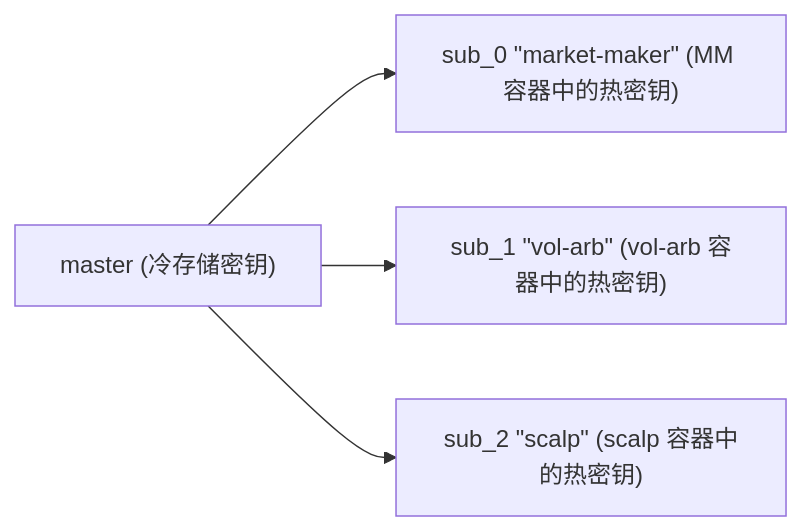
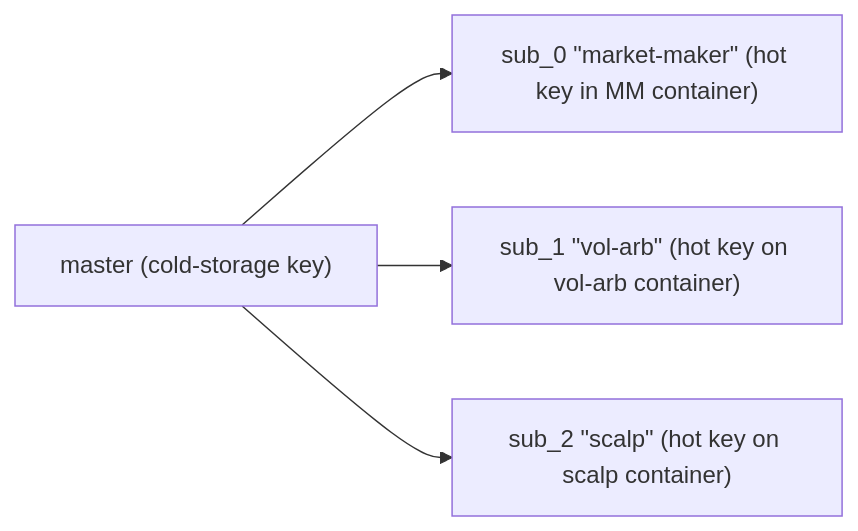
Before and after one commit to mtf-exchange/metaflux-knowledges: the fifth of 8 diagrams in i18n/zh-Hans/docusaurus-plugin-content-docs/current/concepts/sub-accounts.md, drawn with Mermaid. The commit also changed other lines of this file and 355 other files, not shown here.

````diff
--- a/i18n/zh-Hans/docusaurus-plugin-content-docs/current/concepts/sub-accounts.md
+++ b/i18n/zh-Hans/docusaurus-plugin-content-docs/current/concepts/sub-accounts.md
@@ -193,10 +193,10 @@
 ```mermaid
 flowchart LR
-    master["master (冷存储密钥)"]
-    sub0["sub_0 &quot;market-maker&quot; (MM 容器中的热密钥)"]
-    sub1["sub_1 &quot;vol-arb&quot; (vol-arb 容器中的热密钥)"]
-    sub2["sub_2 &quot;scalp&quot; (scalp 容器中的热密钥)"]
+    master["master (cold-storage key)"]
+    sub0["sub_0 &quot;market-maker&quot; (hot key in MM container)"]
+    sub1["sub_1 &quot;vol-arb&quot; (hot key on vol-arb container)"]
+    sub2["sub_2 &quot;scalp&quot; (hot key on scalp container)"]
     master --> sub0
     master --> sub1
     master --> sub2
 ```
````
